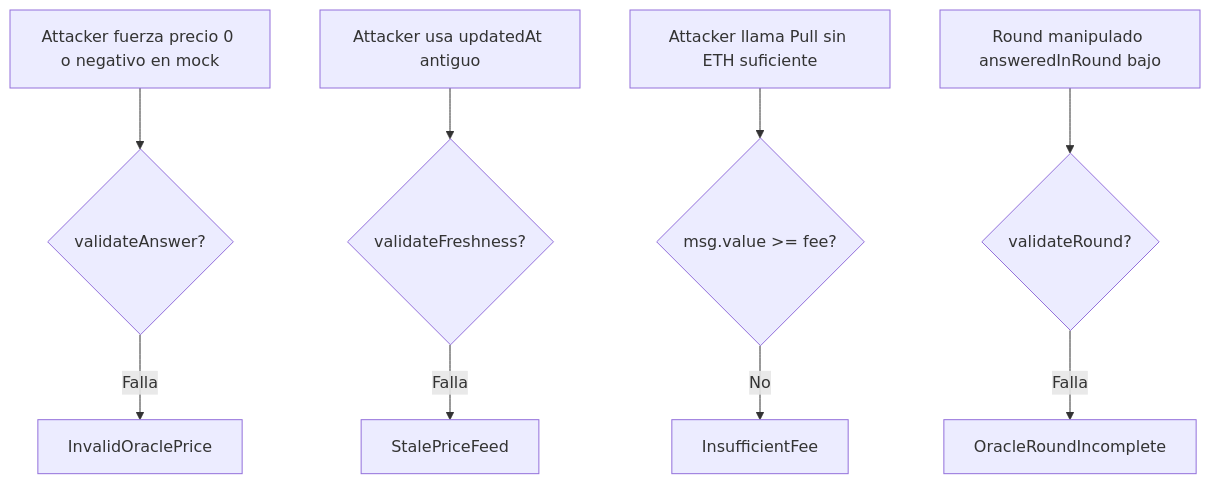
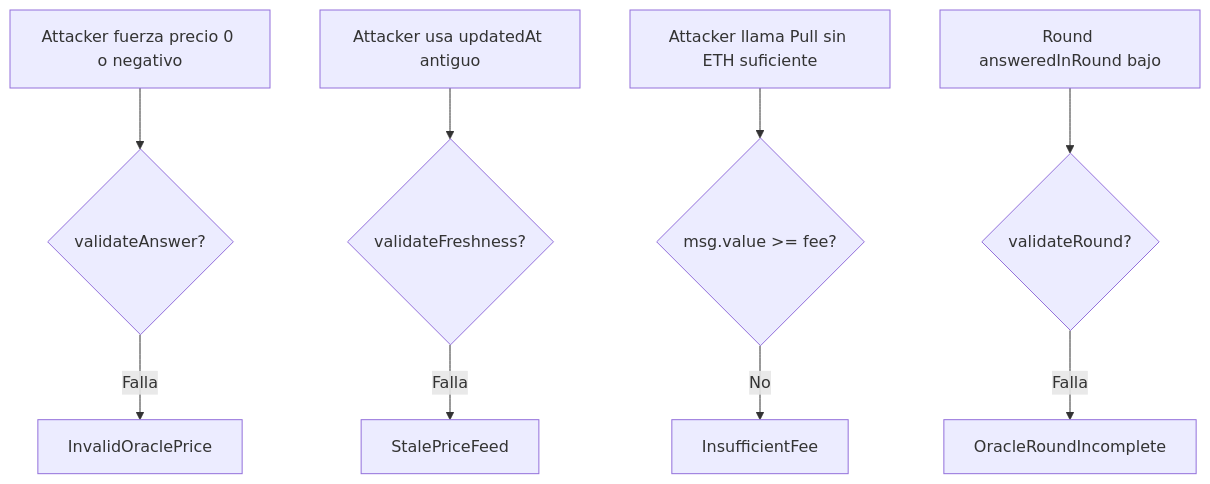
Before and after one commit to rastrahm/decentralized-oracles: the fourth of 7 diagrams in doc/flujograma.md, drawn with Mermaid. The commit also changed other lines of this file and 12 other files, not shown here.

````diff
--- a/doc/flujograma.md
+++ b/doc/flujograma.md
@@ -84,14 +90,14 @@
 ```mermaid
 flowchart TD
-    A[Attacker fuerza precio 0 o negativo en mock] --> B{validateAnswer?}
+    A[Attacker fuerza precio 0 o negativo] --> B{validateAnswer?}
     B -->|Falla| C[InvalidOraclePrice]
 
     D[Attacker usa updatedAt antiguo] --> E{validateFreshness?}
     E -->|Falla| F[StalePriceFeed]
 
     G[Attacker llama Pull sin ETH suficiente] --> H{msg.value >= fee?}
     H -->|No| I[InsufficientFee]
 
-    J[Round manipulado answeredInRound bajo] --> K{validateRound?}
+    J[Round answeredInRound bajo] --> K{validateRound?}
     K -->|Falla| L[OracleRoundIncomplete]
 ```
````
